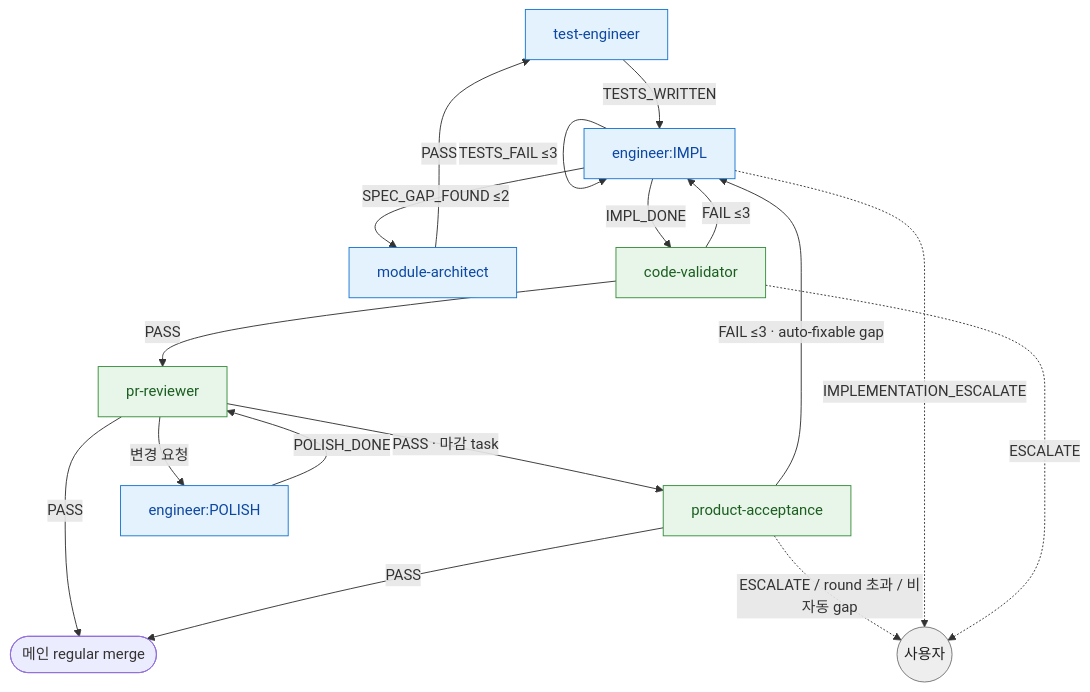
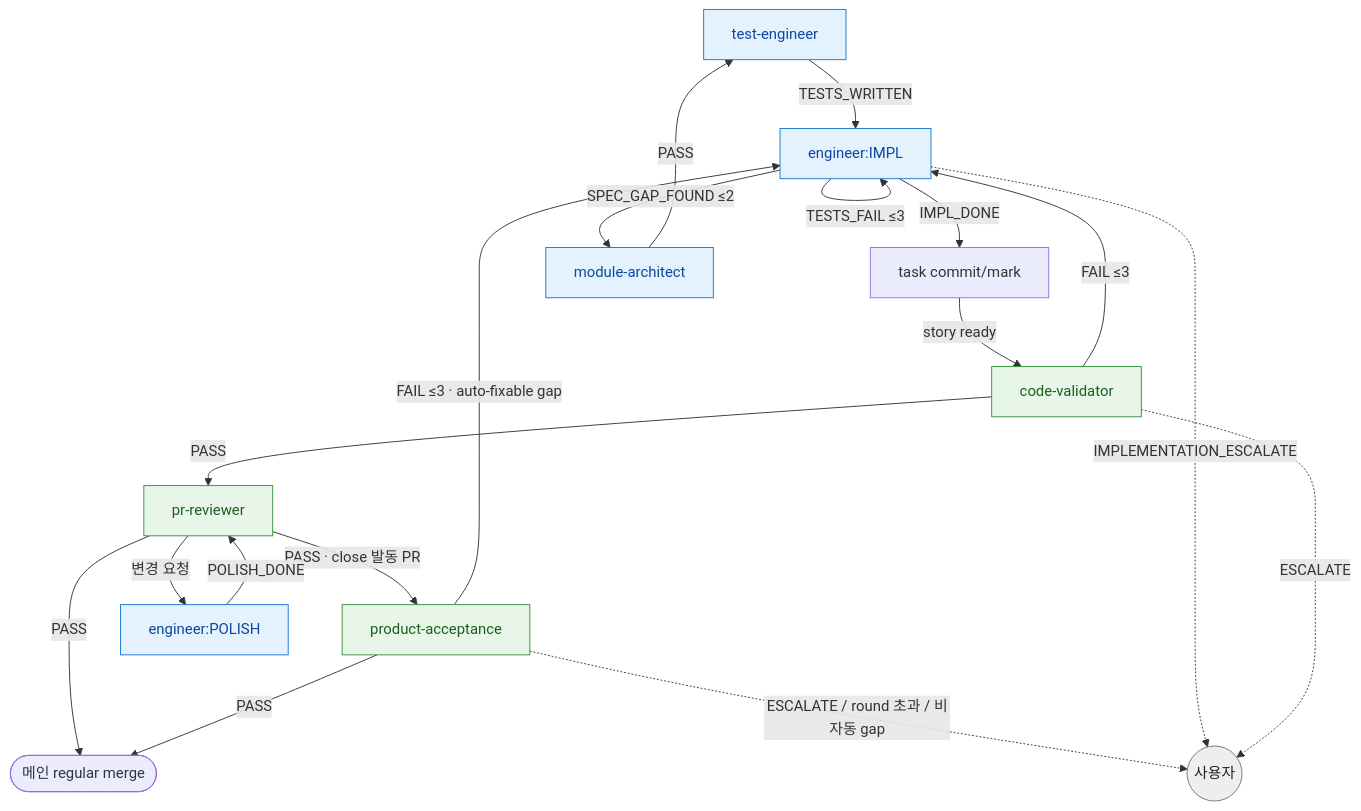
Before and after one commit to Daeguk-Sun/dcNess: the first of 2 diagrams in skills/impl-loop/impl-loop-routing.md, drawn with Mermaid. The commit also changed other lines of this file and 8 other files, not shown here.

Commit message:
[feature] impl-loop story runner 상태 추가

````diff
--- a/skills/impl-loop/impl-loop-routing.md
+++ b/skills/impl-loop/impl-loop-routing.md
@@ -23,26 +23,27 @@
 ```mermaid
 flowchart TB
   TE[test-engineer] -->|TESTS_WRITTEN| EN[engineer:IMPL]
-  EN -->|IMPL_DONE| CV[code-validator]
+  EN -->|IMPL_DONE| TC[task commit/mark]
+  TC -->|story ready| CV[code-validator]
   CV -->|PASS| PR[pr-reviewer]
   PR -->|PASS| M([메인 regular merge])
-  PR -->|PASS · 마감 task| PA[product-acceptance]
+  PR -->|PASS · close 발동 PR| PA[product-acceptance]
   PA -->|PASS| M
   PA -->|FAIL ≤3 · auto-fixable gap| EN
   PA -.->|ESCALATE / round 초과 / 비자동 gap| U
   PR -->|변경 요청| ENP[engineer:POLISH]
   ENP -->|POLISH_DONE| PR
   CV -->|FAIL ≤3| EN
   EN -->|TESTS_FAIL ≤3| EN
   EN -->|SPEC_GAP_FOUND ≤2| MA[module-architect]
   MA -->|PASS| TE
   EN -.->|IMPLEMENTATION_ESCALATE| U((사용자))
   CV -.->|ESCALATE| U
 
   classDef produce fill:#e3f2fd,stroke:#1976d2,color:#0d47a1
   classDef verify fill:#e8f5e9,stroke:#388e3c,color:#1b5e20
   classDef user fill:#eeeeee,stroke:#757575,color:#212121
   class TE,EN,ENP,MA produce
   class CV,PR,PA verify
   class U user
 ```
````
